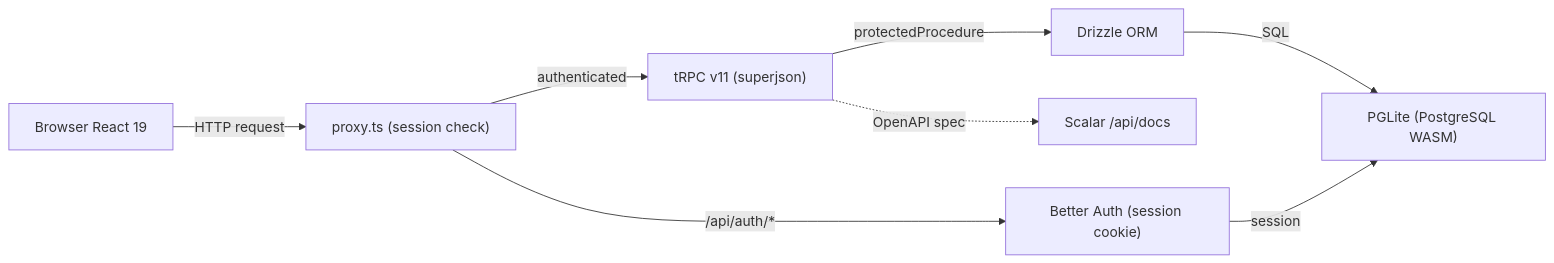
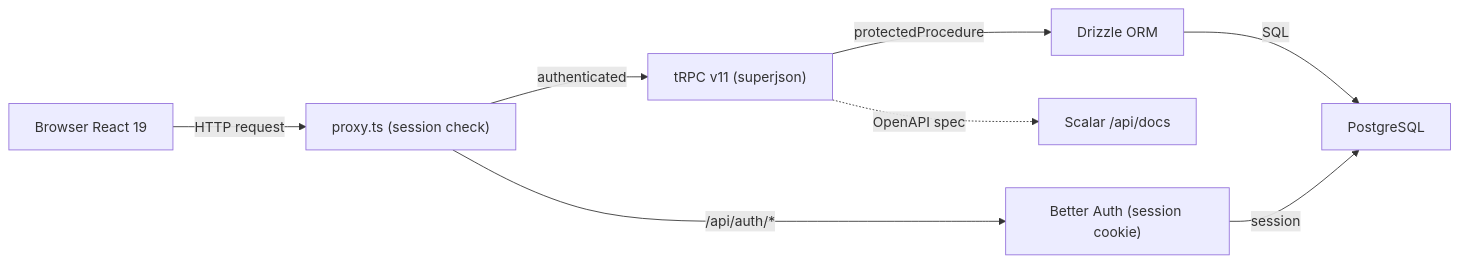
The first of 2 diagrams in README.md (Yusufkotavom/print-pos), drawn with Mermaid before and after one commit. The commit also changed other lines of this file and 11 other files, not shown here.

````diff
--- a/README.md
+++ b/README.md
@@ -47,18 +47,18 @@
 ```mermaid
 flowchart LR
   Browser["Browser React 19"]
   Proxy["proxy.ts (session check)"]
   tRPC["tRPC v11 (superjson)"]
   Auth["Better Auth (session cookie)"]
   Drizzle["Drizzle ORM"]
-  PGLite["PGLite (PostgreSQL WASM)"]
+  PostgreSQL["PostgreSQL"]
   Scalar["Scalar /api/docs"]
 
   Browser -->|HTTP request| Proxy
   Proxy -->|authenticated| tRPC
   Proxy -->|/api/auth/*| Auth
   tRPC -->|protectedProcedure| Drizzle
-  Drizzle -->|SQL| PGLite
+  Drizzle -->|SQL| PostgreSQL
   tRPC -.->|OpenAPI spec| Scalar
-  Auth -->|session| PGLite
+  Auth -->|session| PostgreSQL
 ```
````
